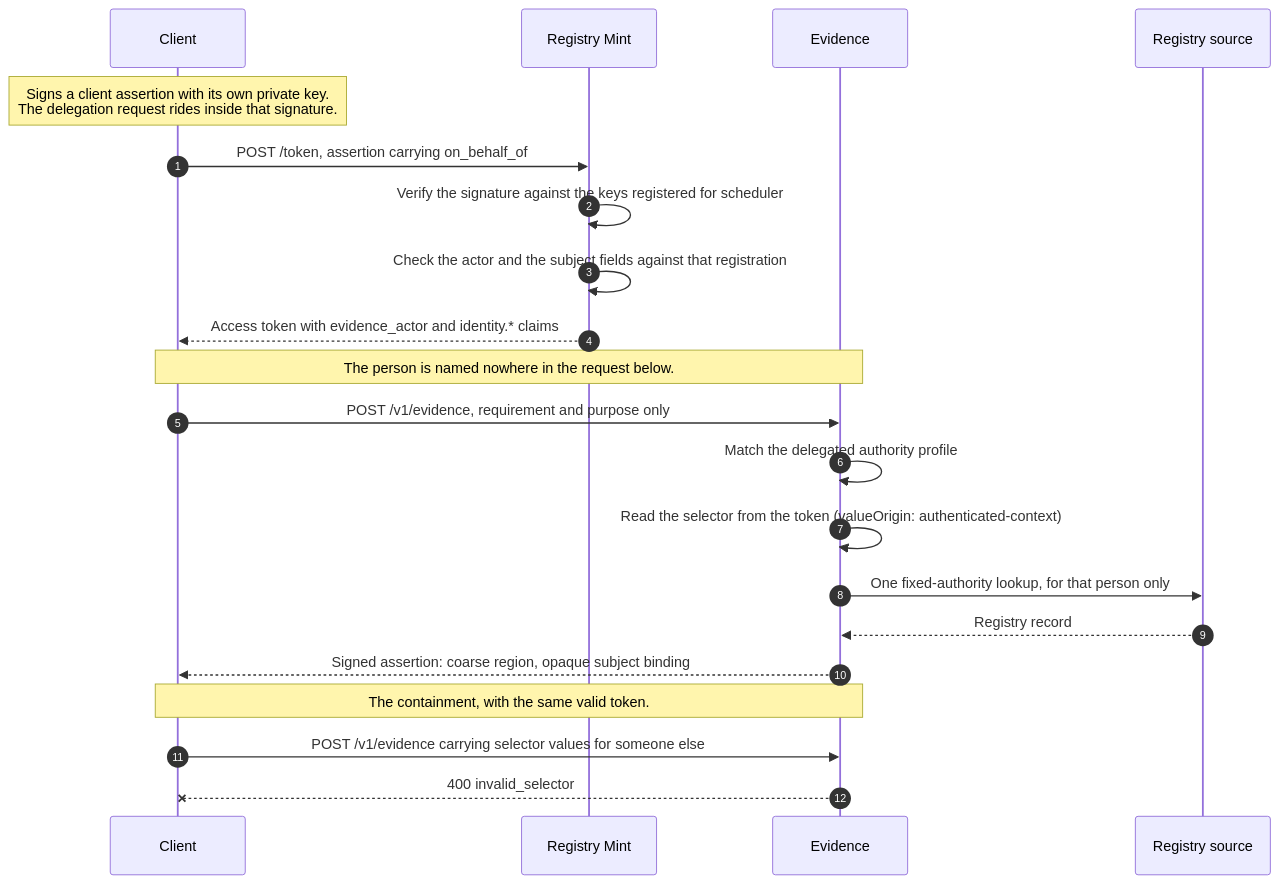
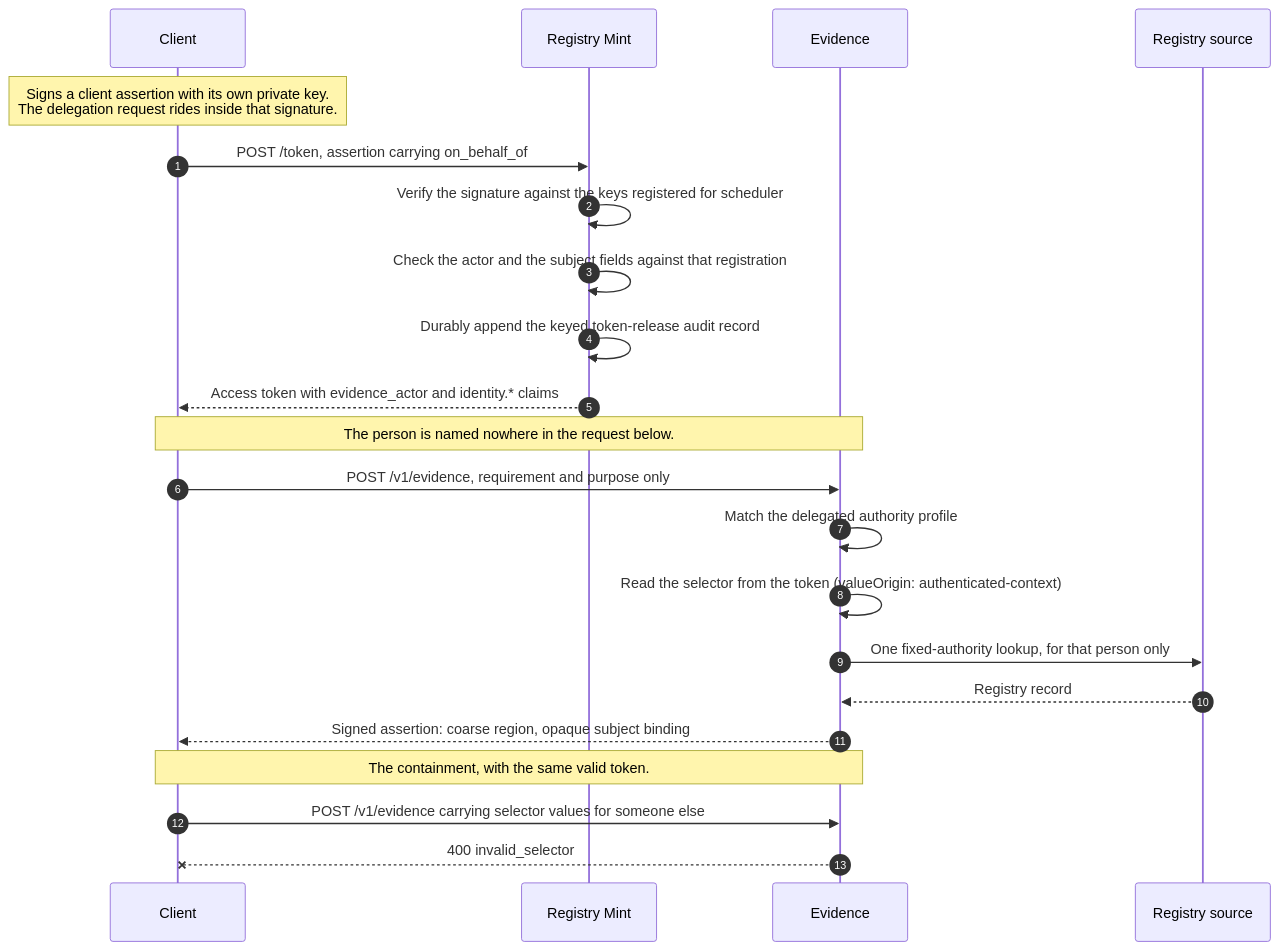
The diagram in crates/registry-mint/demo/README.md (registrystack/registry-stack), drawn with Mermaid before and after one commit. The commit also changed 15 other files, not shown here.

Commit message:
feat(mint): audit token decisions

````diff
--- a/crates/registry-mint/demo/README.md
+++ b/crates/registry-mint/demo/README.md
@@ -45,26 +45,27 @@
 ```mermaid
 sequenceDiagram
     autonumber
     participant Client
     participant Mint as Registry Mint
     participant Evidence
     participant Source as Registry source
 
     Note over Client: Signs a client assertion with its own private key.<br/>The delegation request rides inside that signature.
     Client->>Mint: POST /token, assertion carrying on_behalf_of
     Mint->>Mint: Verify the signature against the keys registered for scheduler
     Mint->>Mint: Check the actor and the subject fields against that registration
+    Mint->>Mint: Durably append the keyed token-release audit record
     Mint-->>Client: Access token with evidence_actor and identity.* claims
 
     Note over Client,Evidence: The person is named nowhere in the request below.
     Client->>Evidence: POST /v1/evidence, requirement and purpose only
     Evidence->>Evidence: Match the delegated authority profile
     Evidence->>Evidence: Read the selector from the token (valueOrigin: authenticated-context)
     Evidence->>Source: One fixed-authority lookup, for that person only
     Source-->>Evidence: Registry record
     Evidence-->>Client: Signed assertion: coarse region, opaque subject binding
 
     Note over Client,Evidence: The containment, with the same valid token.
     Client->>Evidence: POST /v1/evidence carrying selector values for someone else
     Evidence--xClient: 400 invalid_selector
 ```
````
